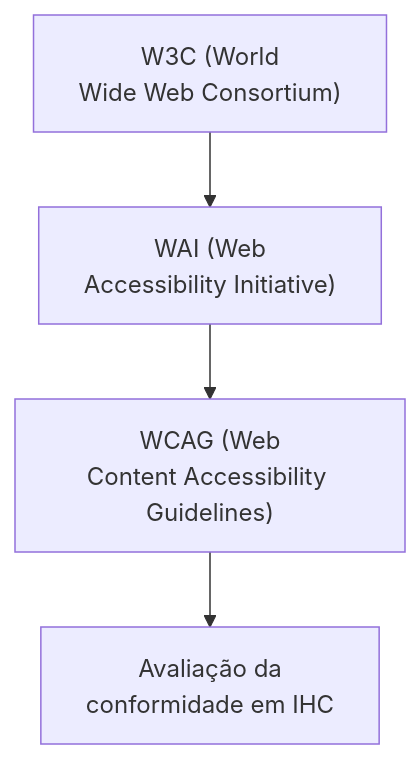
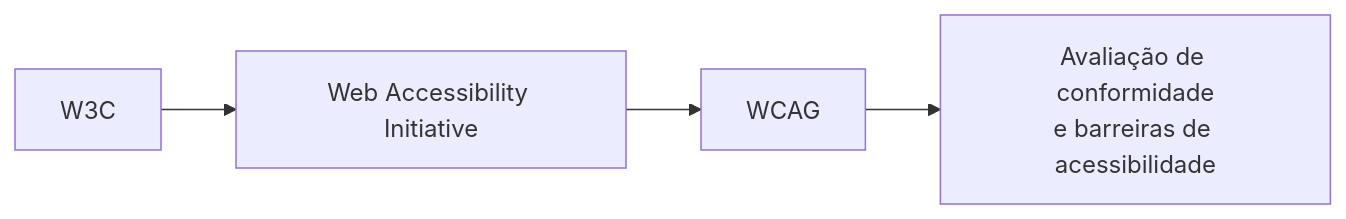
Before and after one commit to leorruas/puc: the diagram in 08. Design de Interacao/22. Avaliação da acessibilidade - diretrizes da wcag e conformidade em sistemas interativos.md, drawn with Mermaid. The commit also changed other lines of this file, not shown here.

Commit message:
Normaliza visualizações de avaliação de acessibilidade

````diff
--- a/08. Design de Interacao/22. Avaliação da acessibilidade - diretrizes da wcag e conformidade em sistemas interativos.md
+++ b/08. Design de Interacao/22. Avaliação da acessibilidade - diretrizes da wcag e conformidade em sistemas interativos.md
@@ -42,6 +42,11 @@
 ```mermaid
-flowchart TD
-    W3C["W3C (World<br>Wide Web Consortium)"] --> WAI["WAI (Web<br>Accessibility Initiative)"]
-    WAI --> WCAG["WCAG (Web<br>Content Accessibility Guidelines)"]
-    WCAG --> Avaliacao["Avaliação da<br>conformidade em IHC"]
+flowchart LR
+    W3C["W3C"]:::external
+    WAI["Web Accessibility Initiative"]:::component
+    WCAG["WCAG"]:::core
+    Avaliacao["Avaliação de conformidade<br>e barreiras de acessibilidade"]:::data
+
+    W3C --> WAI
+    WAI --> WCAG
+    WCAG --> Avaliacao
 ```
````
